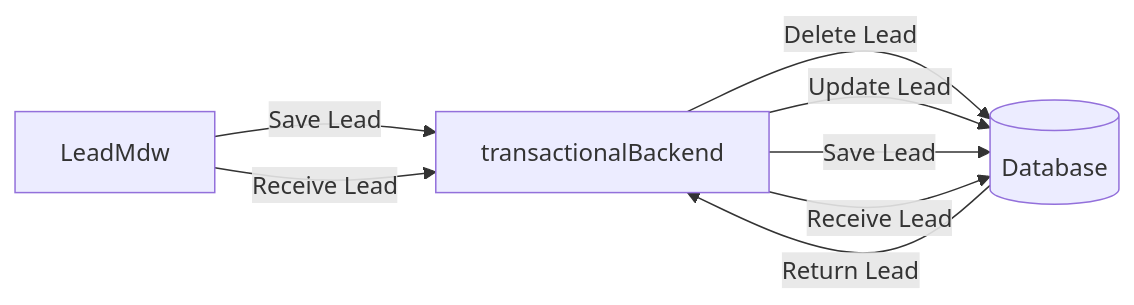
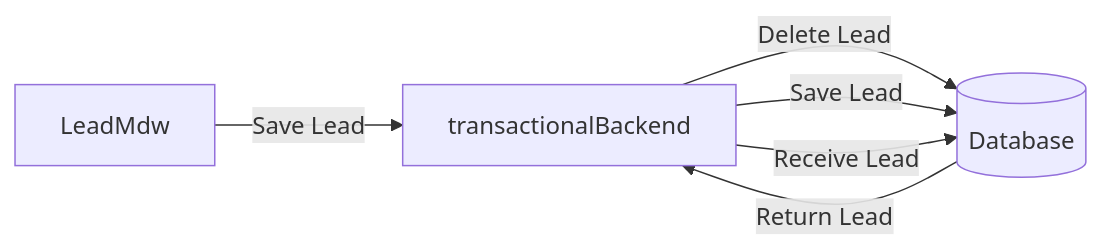
One commit to chrisloarryn/njs-nest-lead-backend changed the diagram in README.md. Above: the diagram before and after it, drawn with Mermaid.

````diff
--- a/README.md
+++ b/README.md
@@ -75,8 +75,7 @@
 ```mermaid
    flowchart LR
      LeadMdw -- Save Lead --> transactionalBackend -- Delete Lead --> transactionDatabase[(Database)]
-     LeadMdw -- Receive Lead --> transactionalBackend -- Update Lead --> transactionDatabase
      transactionalBackend -- Save Lead --> transactionDatabase
      transactionalBackend -- Receive Lead --> transactionDatabase
      transactionDatabase -- Return Lead --> transactionalBackend
 ```
````
